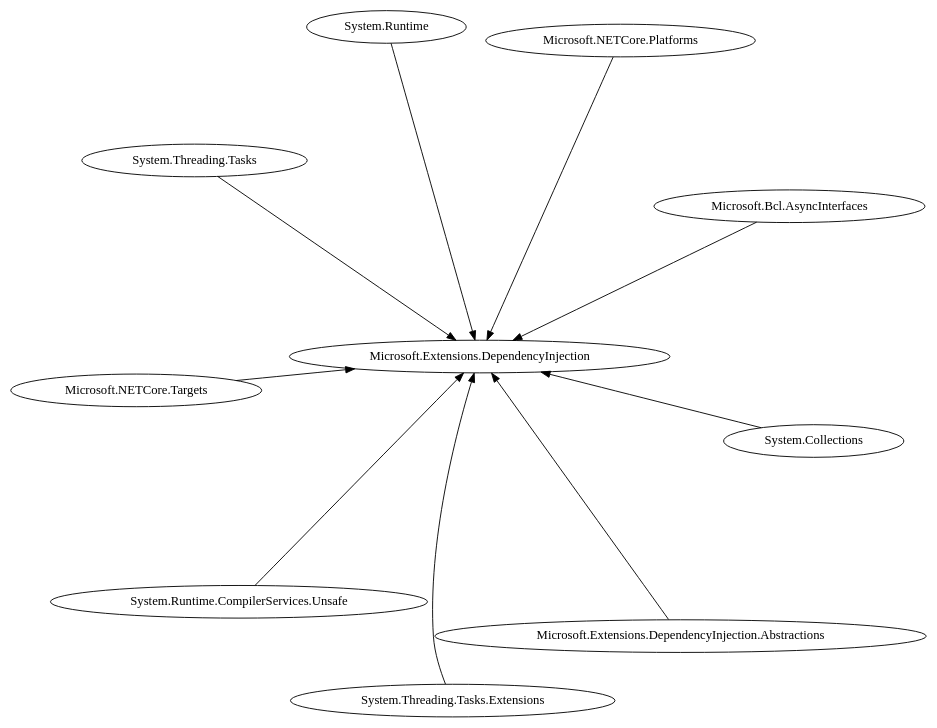
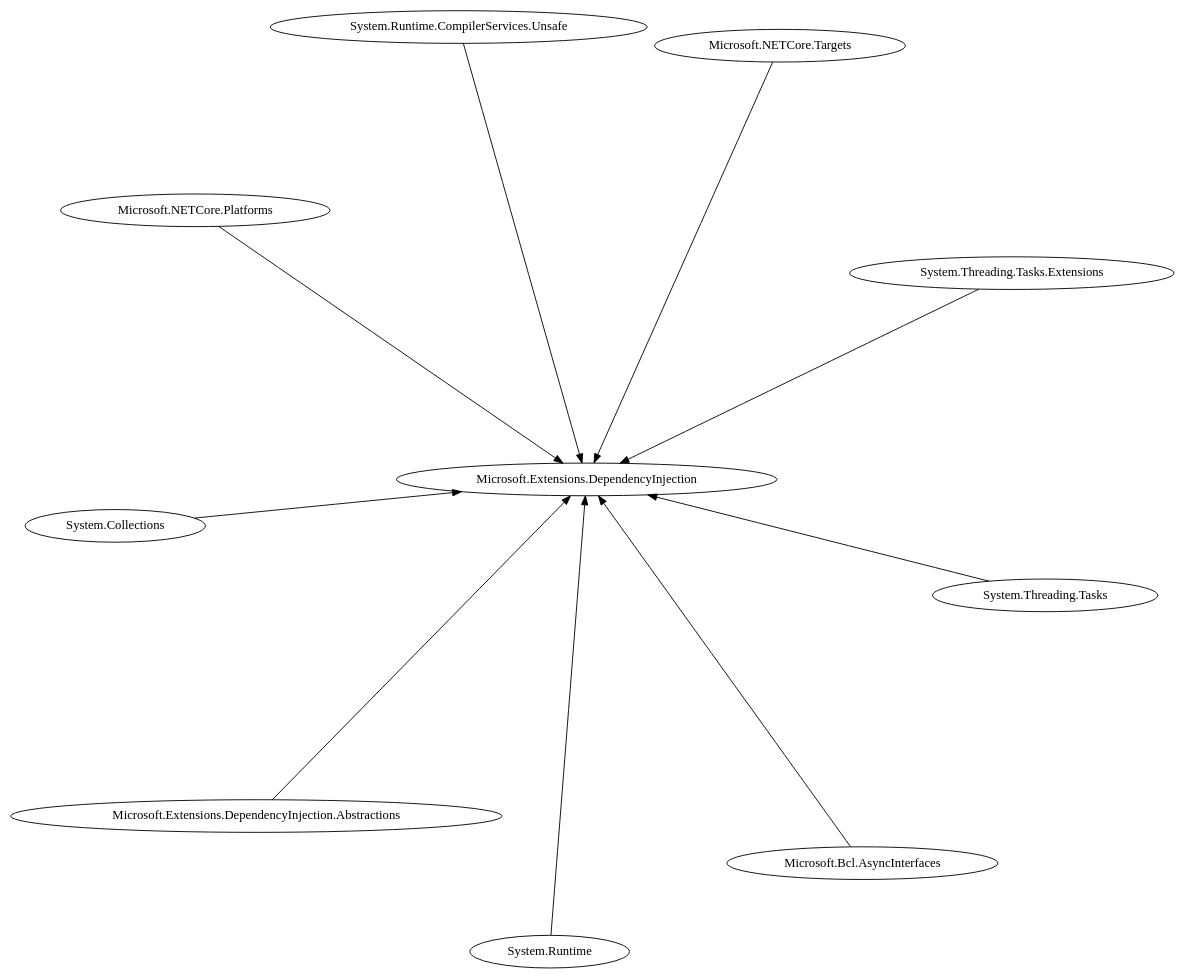
The diagram in Task_2/graph.dot (andaran/Configuration_management), drawn with Graphviz before and after one commit. The commit also changed other lines of this file and 3 other files, not shown here.

```diff
--- a/Task_2/graph.dot
+++ b/Task_2/graph.dot
@@ -1,13 +1,13 @@
 digraph G {
     graph [layout=neato, overlap=false, splines=true];
     "Microsoft.Extensions.DependencyInjection"
+    "System.Threading.Tasks.Extensions" -> "Microsoft.Extensions.DependencyInjection";
+    "System.Runtime" -> "Microsoft.Extensions.DependencyInjection";
+    "Microsoft.NETCore.Platforms" -> "Microsoft.Extensions.DependencyInjection";
+    "Microsoft.NETCore.Targets" -> "Microsoft.Extensions.DependencyInjection";
+    "System.Runtime.CompilerServices.Unsafe" -> "Microsoft.Extensions.DependencyInjection";
+    "System.Collections" -> "Microsoft.Extensions.DependencyInjection";
+    "System.Threading.Tasks" -> "Microsoft.Extensions.DependencyInjection";
+    "Microsoft.Extensions.DependencyInjection.Abstractions" -> "Microsoft.Extensions.DependencyInjection";
     "Microsoft.Bcl.AsyncInterfaces" -> "Microsoft.Extensions.DependencyInjection";
-    "System.Threading.Tasks.Extensions" -> "Microsoft.Extensions.DependencyInjection";
-    "System.Threading.Tasks" -> "Microsoft.Extensions.DependencyInjection";
-    "Microsoft.NETCore.Platforms" -> "Microsoft.Extensions.DependencyInjection";
-    "System.Runtime" -> "Microsoft.Extensions.DependencyInjection";
-    "Microsoft.NETCore.Targets" -> "Microsoft.Extensions.DependencyInjection";
-    "System.Collections" -> "Microsoft.Extensions.DependencyInjection";
-    "System.Runtime.CompilerServices.Unsafe" -> "Microsoft.Extensions.DependencyInjection";
-    "Microsoft.Extensions.DependencyInjection.Abstractions" -> "Microsoft.Extensions.DependencyInjection";
 }
```
